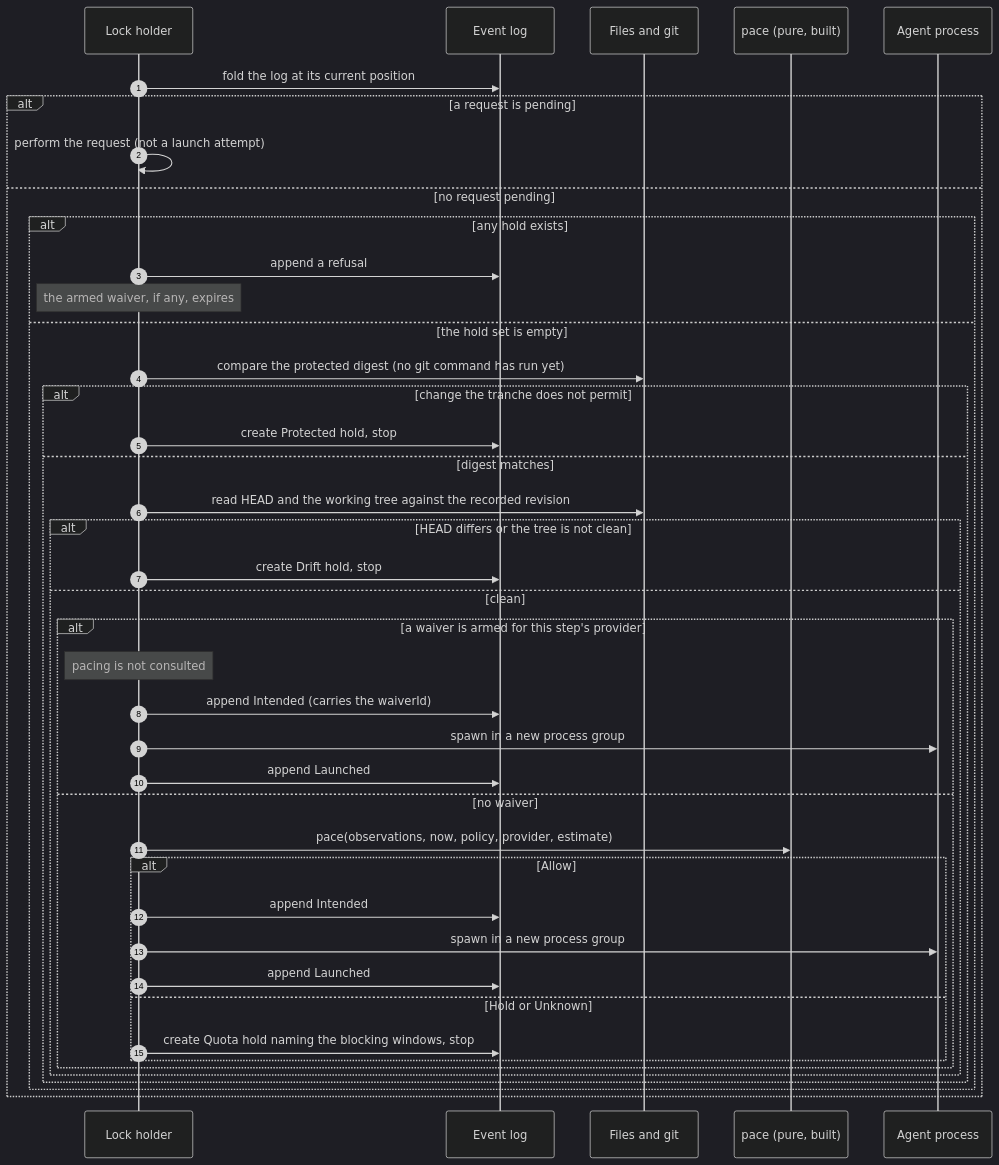
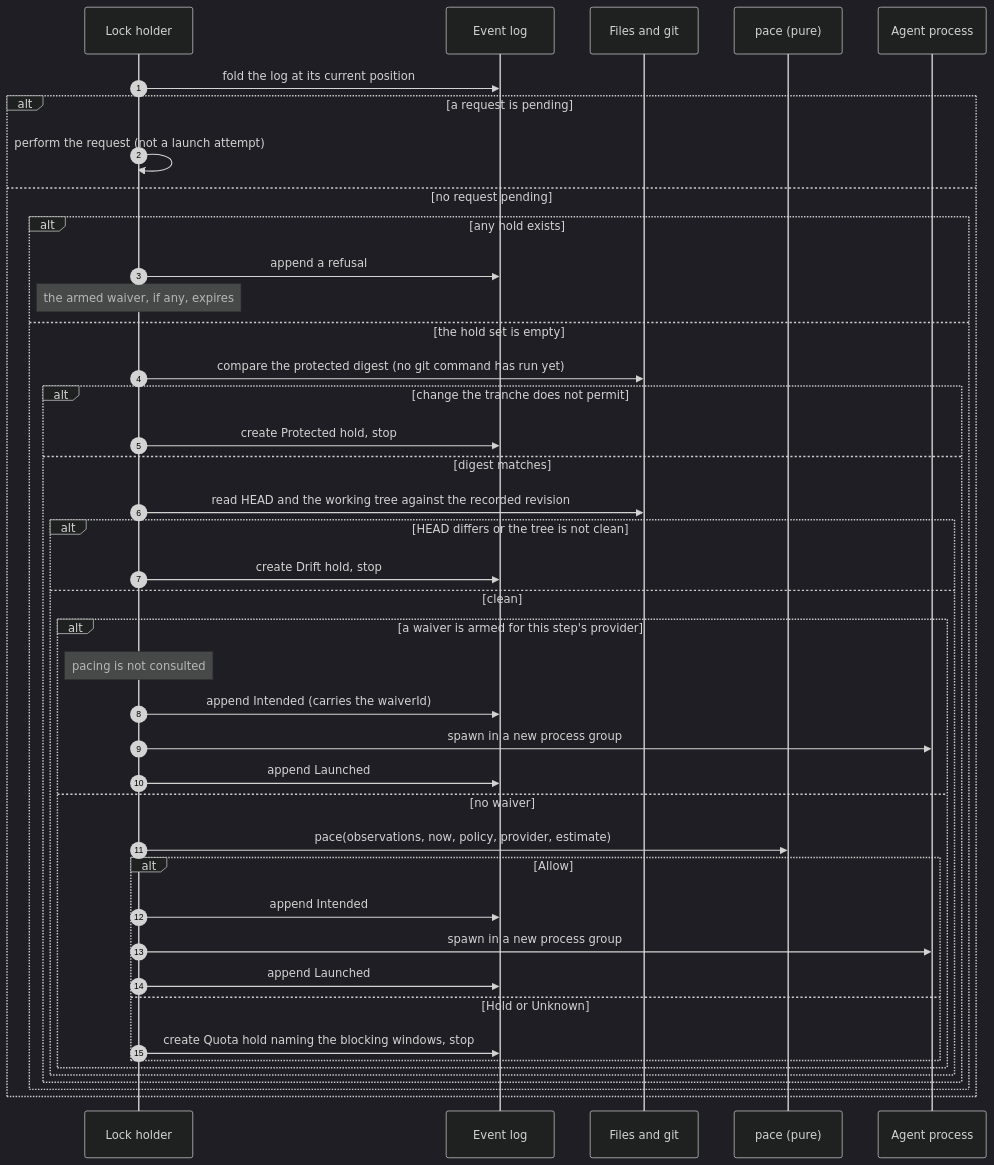
One commit to Ethan826/foreman changed the second of 3 diagrams in docs/how-it-works.md. Above: the diagram before and after it, drawn with Mermaid (dark theme). The commit also changed other lines of this file and 7 other files, not shown here.

````diff
--- a/docs/how-it-works.md
+++ b/docs/how-it-works.md
@@ -73,45 +71,45 @@
 ```mermaid
 sequenceDiagram
     autonumber
     participant H as Lock holder
     participant L as Event log
     participant G as Files and git
-    participant P as pace (pure, built)
+    participant P as pace (pure)
     participant A as Agent process
 
     H->>L: fold the log at its current position
     alt a request is pending
         H->>H: perform the request (not a launch attempt)
     else no request pending
         alt any hold exists
             H->>L: append a refusal
             Note over H: the armed waiver, if any, expires
         else the hold set is empty
             H->>G: compare the protected digest (no git command has run yet)
             alt change the tranche does not permit
                 H->>L: create Protected hold, stop
             else digest matches
                 H->>G: read HEAD and the working tree against the recorded revision
                 alt HEAD differs or the tree is not clean
                     H->>L: create Drift hold, stop
                 else clean
                     alt a waiver is armed for this step's provider
                         Note over H: pacing is not consulted
                         H->>L: append Intended (carries the waiverId)
                         H->>A: spawn in a new process group
                         H->>L: append Launched
                     else no waiver
                         H->>P: pace(observations, now, policy, provider, estimate)
                         alt Allow
                             H->>L: append Intended
                             H->>A: spawn in a new process group
                             H->>L: append Launched
                         else Hold or Unknown
                             H->>L: create Quota hold naming the blocking windows, stop
                         end
                     end
                 end
             end
         end
     end
 ```
````
